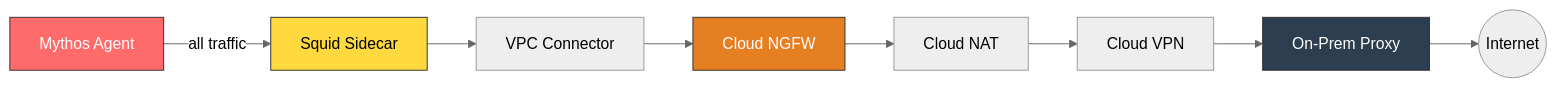
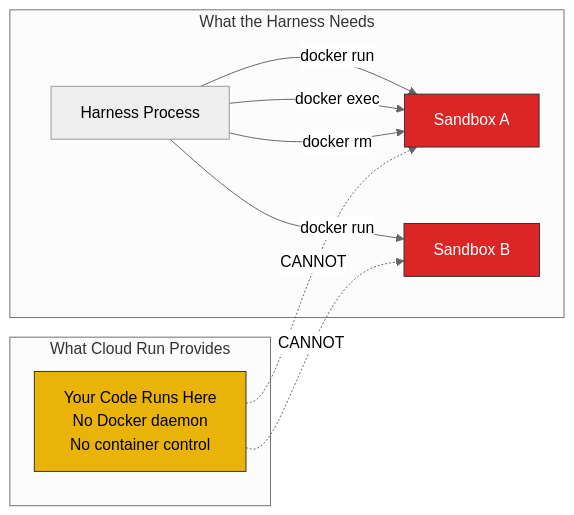
Before and after one commit to prashantkul/anthropic-mythos-on-gcp: the diagram in options/cloud-run.md, drawn with Mermaid (neutral theme). The commit also changed other lines of this file and 1 other file, not shown here.

First line of the commit message:
Mark Cloud Run as not recommended — cannot orchestrate sandbox containers

````diff
--- a/options/cloud-run.md
+++ b/options/cloud-run.md
@@ -7,15 +13,20 @@
 ```mermaid
 graph LR
-    CR[Mythos Agent] -->|all traffic| PROXY[Squid Sidecar]
-    PROXY --> VPC[VPC Connector]
-    VPC --> NGFW[Cloud NGFW]
-    NGFW --> NAT[Cloud NAT]
-    NAT --> VPN[Cloud VPN]
-    VPN --> ONPREM[On-Prem Proxy]
-    ONPREM --> EXT((Internet))
+    subgraph "What the Harness Needs"
+        H[Harness Process] -->|docker run| S1[Sandbox A]
+        H -->|docker exec| S1
+        H -->|docker rm| S1
+        H -->|docker run| S2[Sandbox B]
+    end
 
-    style CR fill:#ff6b6b,stroke:#333,color:#fff
-    style PROXY fill:#ffd93d,stroke:#333
-    style NGFW fill:#e67e22,stroke:#333,color:#fff
-    style ONPREM fill:#2c3e50,stroke:#333,color:#fff
+    subgraph "What Cloud Run Provides"
+        CR[Your Code Runs Here\nNo Docker daemon\nNo container control]
+    end
+
+    CR -.->|CANNOT| S1
+    CR -.->|CANNOT| S2
+
+    style S1 fill:#dc2626,stroke:#333,color:#fff
+    style S2 fill:#dc2626,stroke:#333,color:#fff
+    style CR fill:#eab308,stroke:#333,color:#000
 ```
````
